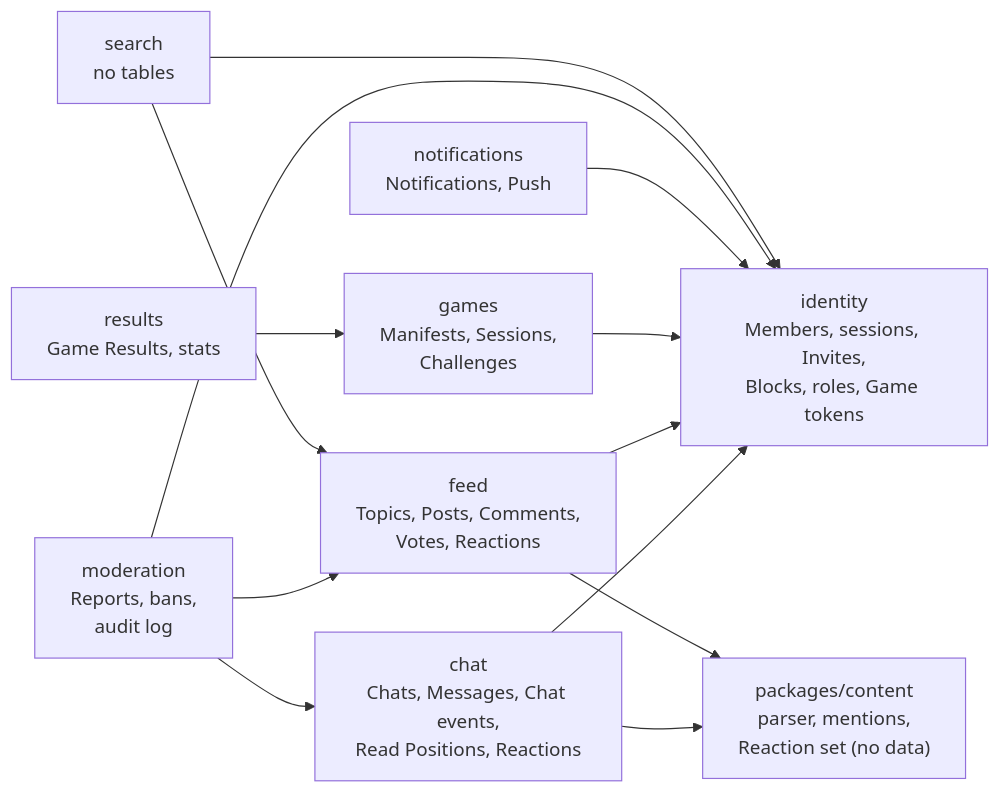
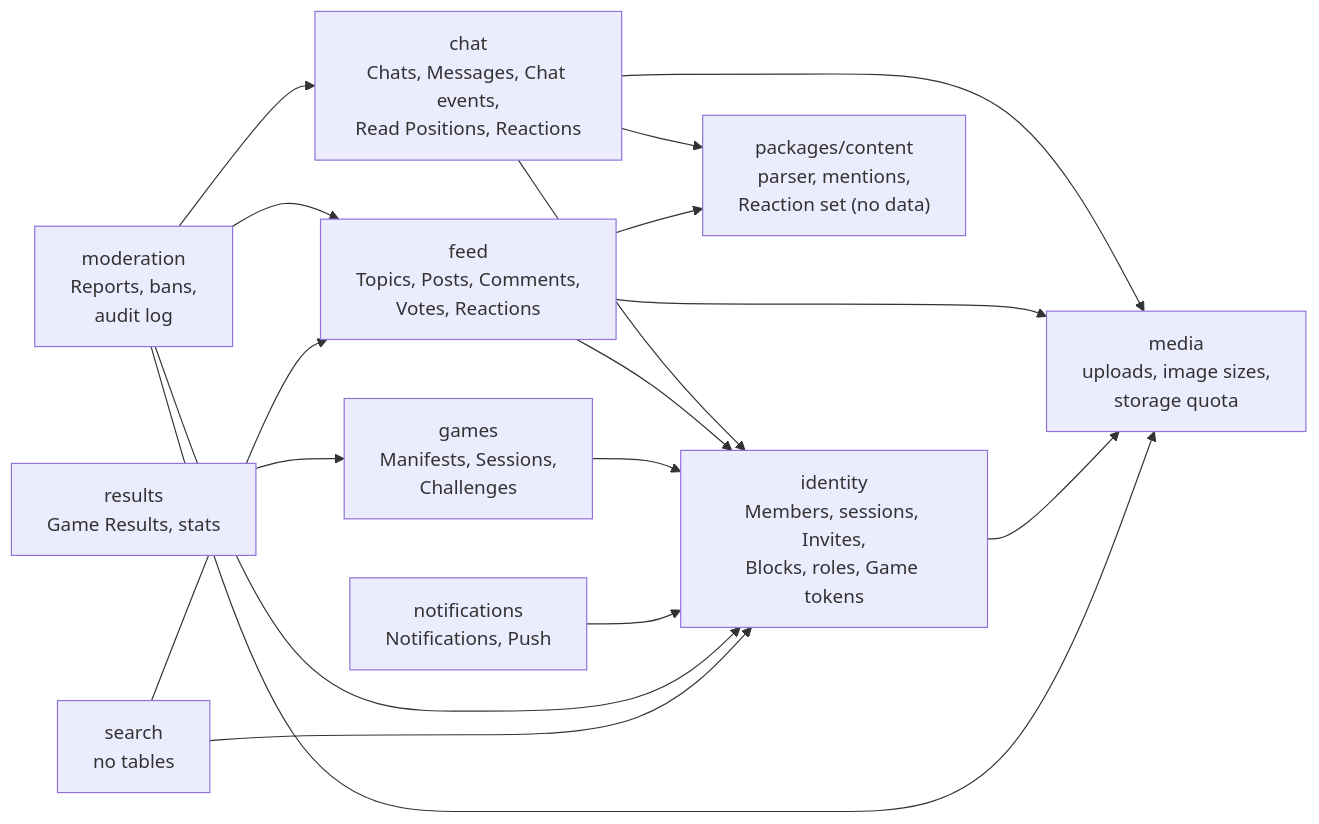
One commit to Chetardie/chaku changed the third of 6 diagrams in docs/architecture/overview.md. Above: the diagram before and after it, drawn with Mermaid. The commit also changed other lines of this file and 12 other files, not shown here.

````diff
--- a/docs/architecture/overview.md
+++ b/docs/architecture/overview.md
@@ -84,25 +84,30 @@
 ```mermaid
 flowchart LR
   identity["identity<br/>Members, sessions, Invites,<br/>Blocks, roles, Game tokens"]
   chat["chat<br/>Chats, Messages, Chat events,<br/>Read Positions, Reactions"]
   feed["feed<br/>Topics, Posts, Comments,<br/>Votes, Reactions"]
   games["games<br/>Manifests, Sessions,<br/>Challenges"]
   results["results<br/>Game Results, stats"]
   notifications["notifications<br/>Notifications, Push"]
   moderation["moderation<br/>Reports, bans,<br/>audit log"]
   search["search<br/>no tables"]
+  media["media<br/>uploads, image sizes,<br/>storage quota"]
   content["packages/content<br/>parser, mentions,<br/>Reaction set (no data)"]
 
   chat --> identity
   feed --> identity
   games --> identity
   results --> games
   notifications --> identity
   moderation --> identity
   moderation --> chat
   moderation --> feed
   search --> identity
   search --> feed
+  chat --> media
+  feed --> media
+  identity --> media
+  moderation --> media
   chat --> content
   feed --> content
 ```
````
